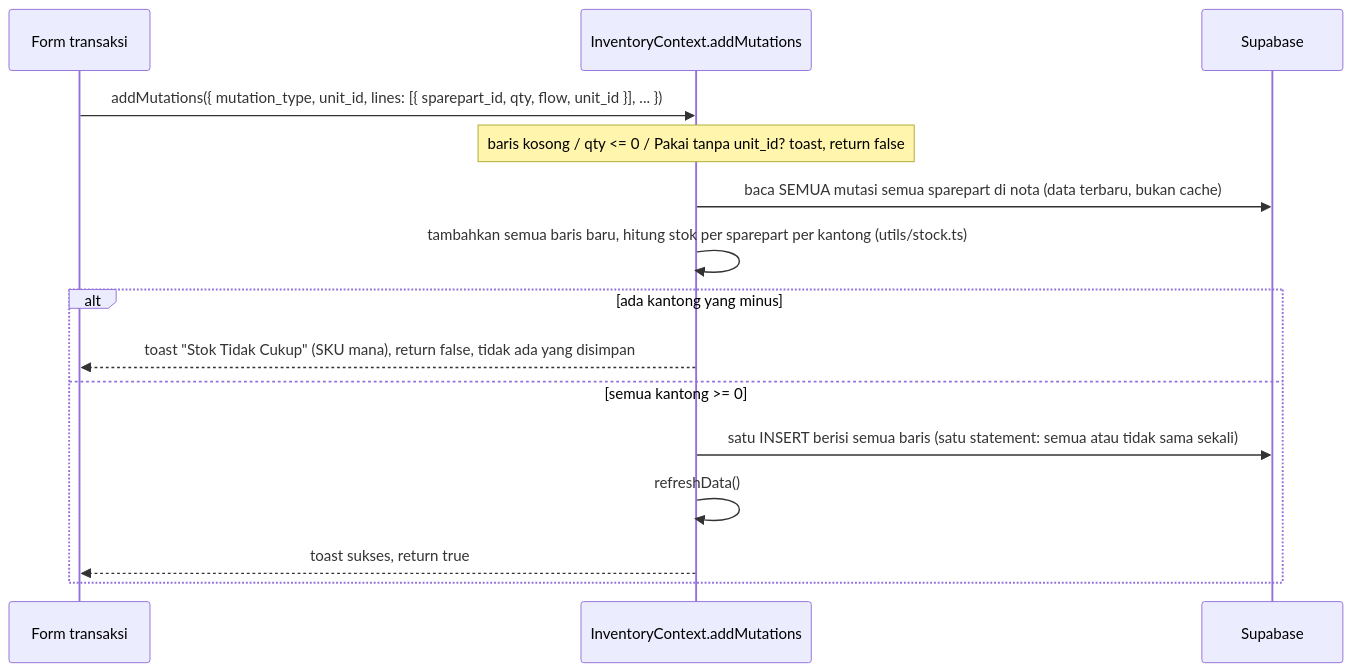
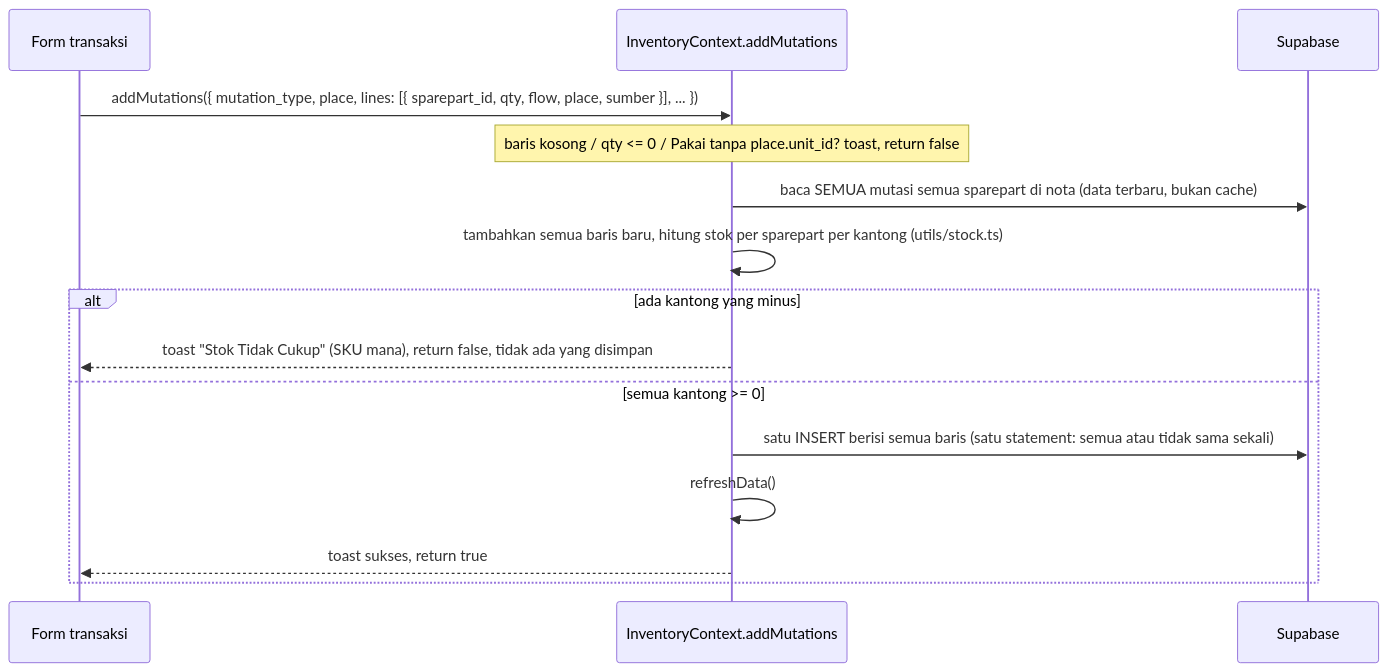
One commit to seevent/masih-berapa changed the third of 3 diagrams in docs/ARCHITECTURE.md. Above: the diagram before and after it, drawn with Mermaid. The commit also changed other lines of this file and 17 other files, not shown here.

````diff
--- a/docs/ARCHITECTURE.md
+++ b/docs/ARCHITECTURE.md
@@ -137,17 +139,17 @@
 ```mermaid
 sequenceDiagram
     participant Form as Form transaksi
     participant Ctx as InventoryContext.addMutations
     participant SB as Supabase
-    Form->>Ctx: addMutations({ mutation_type, unit_id, lines: [{ sparepart_id, qty, flow, unit_id }], ... })
-    Note over Ctx: baris kosong / qty <= 0 / Pakai tanpa unit_id? toast, return false
+    Form->>Ctx: addMutations({ mutation_type, place, lines: [{ sparepart_id, qty, flow, place, sumber }], ... })
+    Note over Ctx: baris kosong / qty <= 0 / Pakai tanpa place.unit_id? toast, return false
     Ctx->>SB: baca SEMUA mutasi semua sparepart di nota (data terbaru, bukan cache)
     Ctx->>Ctx: tambahkan semua baris baru, hitung stok per sparepart per kantong (utils/stock.ts)
     alt ada kantong yang minus
         Ctx-->>Form: toast "Stok Tidak Cukup" (SKU mana), return false, tidak ada yang disimpan
     else semua kantong >= 0
         Ctx->>SB: satu INSERT berisi semua baris (satu statement: semua atau tidak sama sekali)
         Ctx->>Ctx: refreshData()
         Ctx-->>Form: toast sukses, return true
     end
 ```
````
